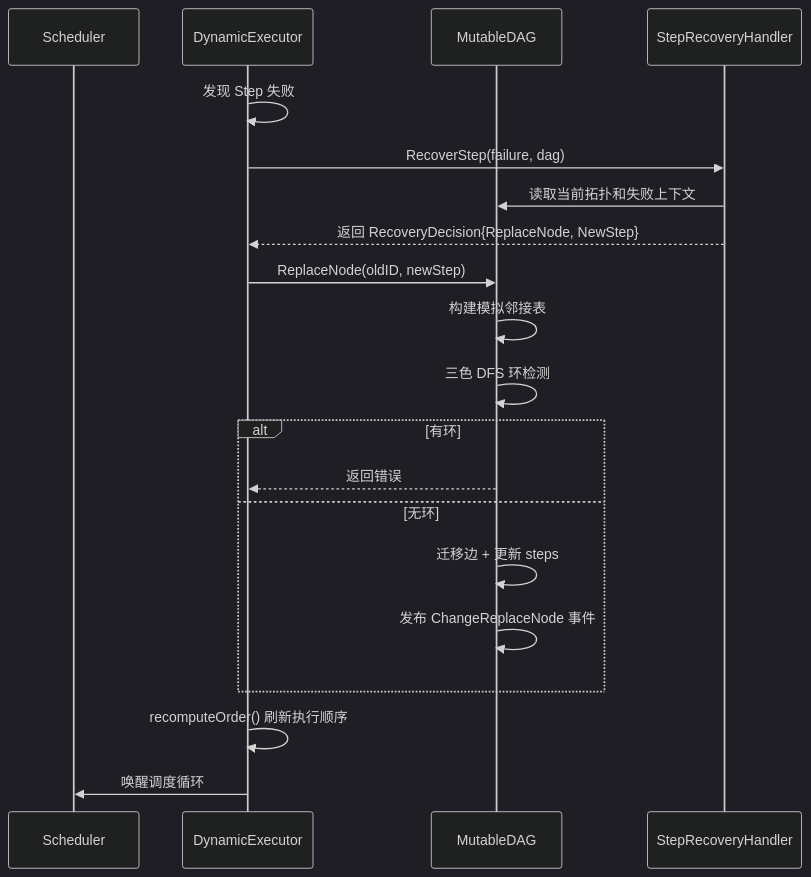
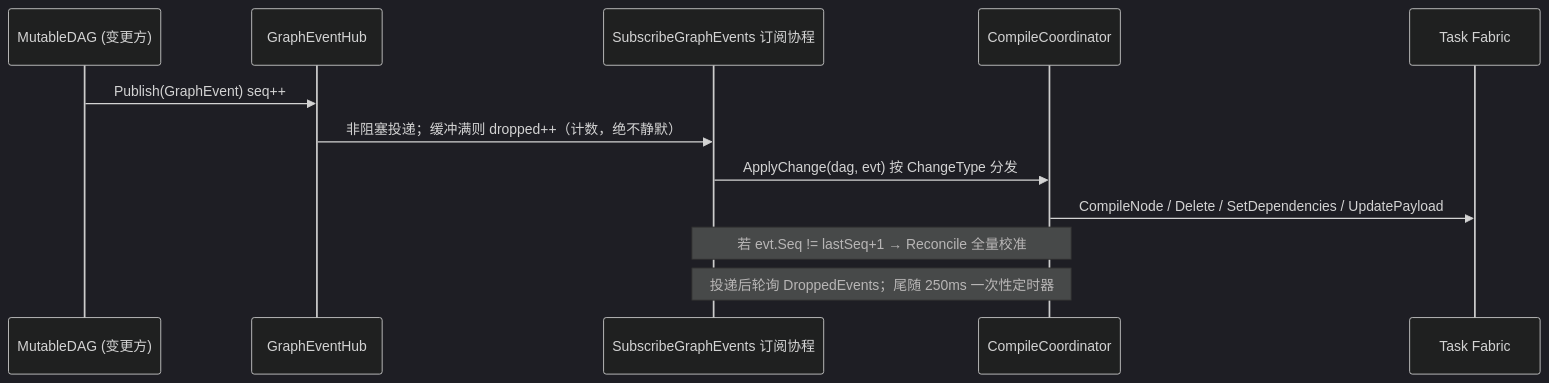
The third of 3 diagrams in docs/articles/zh/04-workflow-engine-deep-dive.md (Timwood0x10/ARES), drawn with Mermaid (dark theme) before and after one commit. The commit also changed other lines of this file and 2423 other files, not shown here.

````diff
--- a/docs/articles/zh/04-workflow-engine-deep-dive.md
+++ b/docs/articles/zh/04-workflow-engine-deep-dive.md
@@ -595,23 +309,15 @@
 ```mermaid
 sequenceDiagram
-    participant S as Scheduler
-    participant E as DynamicExecutor
-    participant D as MutableDAG
-    participant H as StepRecoveryHandler
+    participant M as MutableDAG (变更方)
+    participant H as GraphEventHub
+    participant Sub as SubscribeGraphEvents 订阅协程
+    participant C as CompileCoordinator
+    participant F as Task Fabric
 
-    E->>E: 发现 Step 失败
-    E->>H: RecoverStep(failure, dag)
-    H->>D: 读取当前拓扑和失败上下文
-    H-->>E: 返回 RecoveryDecision{ReplaceNode, NewStep}
-    E->>D: ReplaceNode(oldID, newStep)
-    D->>D: 构建模拟邻接表
-    D->>D: 三色 DFS 环检测
-    alt 有环
-        D-->>E: 返回错误
-    else 无环
-        D->>D: 迁移边 + 更新 steps
-        D->>D: 发布 ChangeReplaceNode 事件
-    end
-    E->>E: recomputeOrder() 刷新执行顺序
-    E->>S: 唤醒调度循环
+    M->>H: Publish(GraphEvent)  seq++
+    H->>Sub: 非阻塞投递；缓冲满则 dropped++（计数，绝不静默）
+    Sub->>C: ApplyChange(dag, evt)  按 ChangeType 分发
+    C->>F: CompileNode / Delete / SetDependencies / UpdatePayload
+    Note over Sub,C: 若 evt.Seq != lastSeq+1 → Reconcile 全量校准
+    Note over Sub,C: 投递后轮询 DroppedEvents；尾随 250ms 一次性定时器
 ```
````
